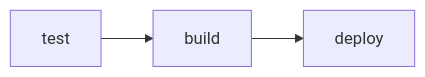
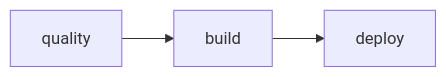
Before and after one commit to Kratomik/otus-dev-ai: the diagram in Readme.md, drawn with Mermaid. The commit also changed other lines of this file and 5 other files, not shown here.

````diff
--- a/Readme.md
+++ b/Readme.md
@@ -215,5 +219,5 @@
 ```mermaid
 flowchart LR
-  test[test] --> build[build]
+  quality[quality] --> build[build]
   build --> deploy[deploy]
 ```
````
